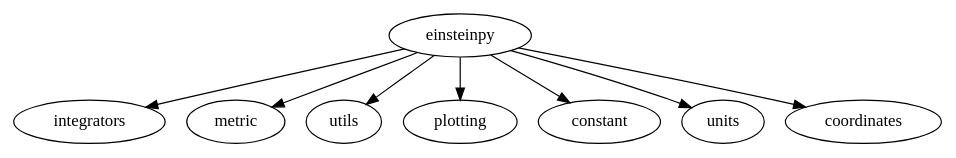
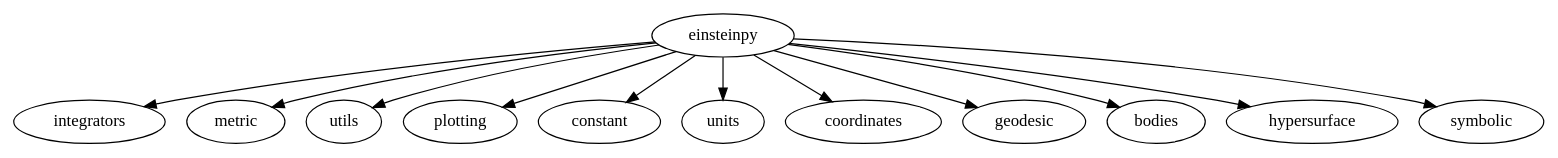
Before and after one commit to einsteinpy/einsteinpy: the diagram in docs/source/api/index.rst, drawn with Graphviz. The commit also changed 8 other files, not shown here.

```diff
--- a/docs/source/api/index.rst
+++ b/docs/source/api/index.rst
@@ -9,6 +9,6 @@
 .. graphviz::
 
     digraph {
-        "einsteinpy" -> "integrators", "metric", "utils", "plotting", "constant", "units", "coordinates"
+        "einsteinpy" -> "integrators", "metric", "utils", "plotting", "constant", "units", "coordinates", "geodesic", "bodies", "hypersurface", "symbolic"
 
     }
```
